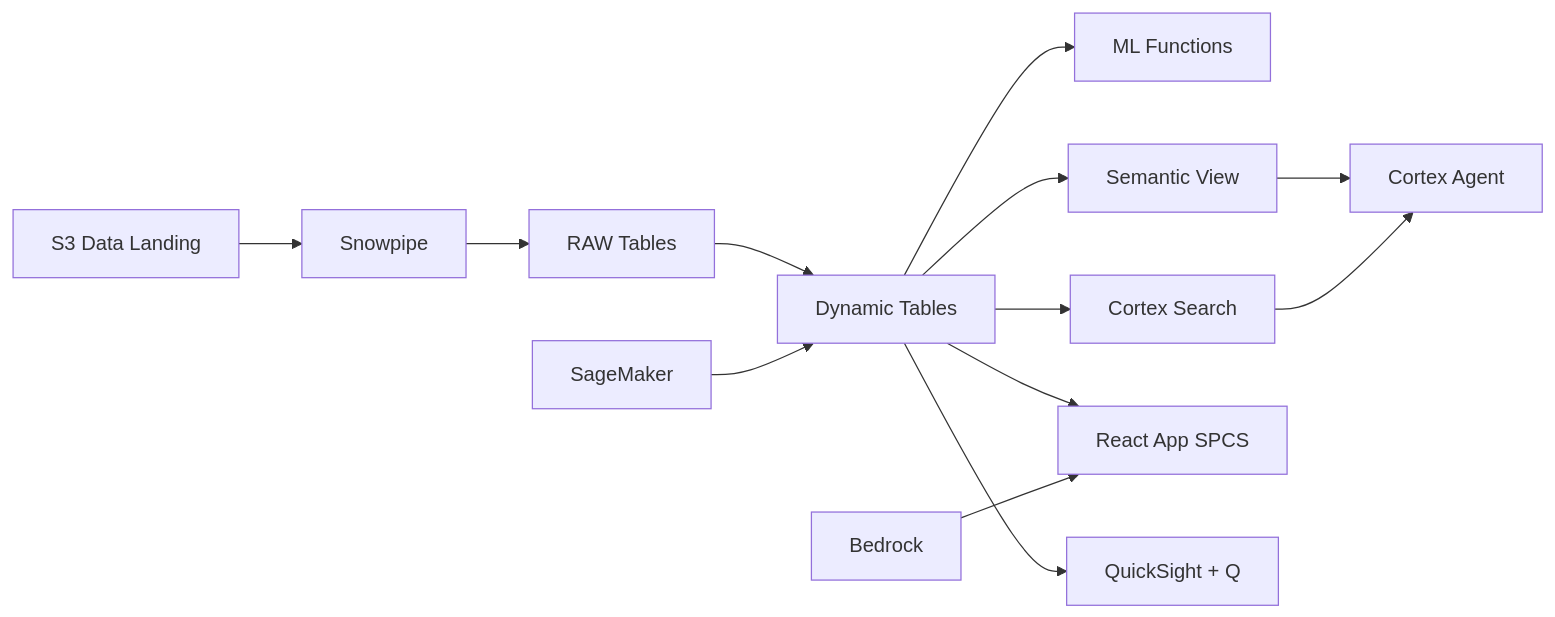
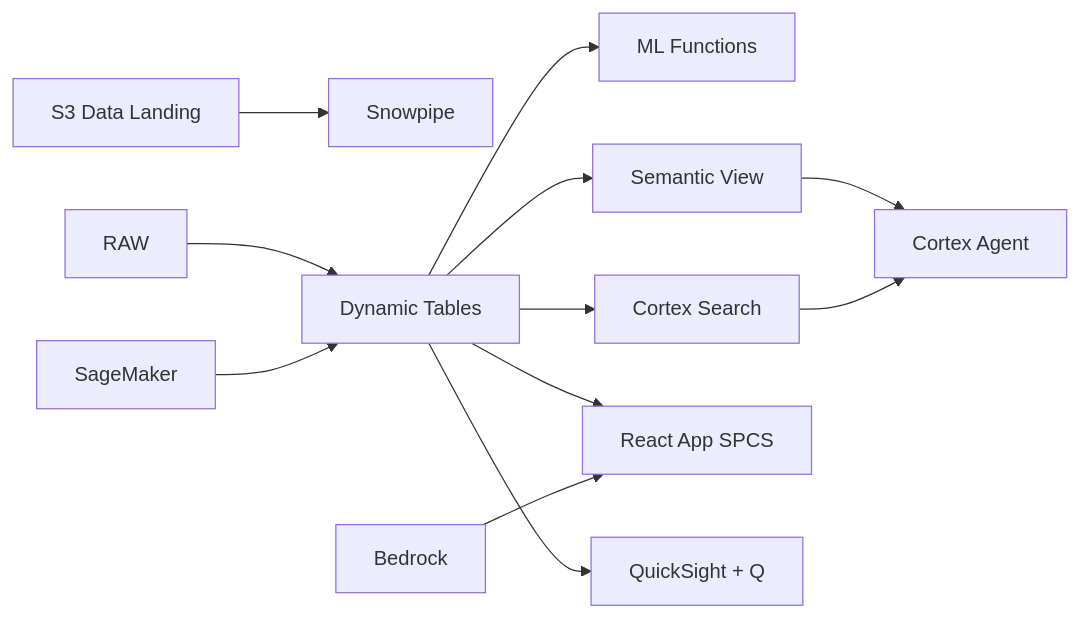
Before and after one commit to sfc-gh-jasvestis/aws-philippines-bpo-client-portfolio: the diagram in README.md, drawn with Mermaid. The commit also changed 7 other files, not shown here.

Commit message:
Fix: add all source files, .gitignore, fix Mermaid diagram

````diff
--- a/README.md
+++ b/README.md
@@ -9,15 +9,14 @@
 ```mermaid
 flowchart LR
     S3[S3 Data Landing] --> SP[Snowpipe]
-    SP --> RAW[RAW Tables]
     RAW --> DT[Dynamic Tables]
     DT --> ML[ML Functions]
     DT --> SEARCH[Cortex Search]
     DT --> SV[Semantic View]
     SV --> AGENT[Cortex Agent]
     SEARCH --> AGENT
     DT --> APP[React App SPCS]
     SM[SageMaker] --> DT
     BR[Bedrock] --> APP
     DT --> QS[QuickSight + Q]
 ```
````
